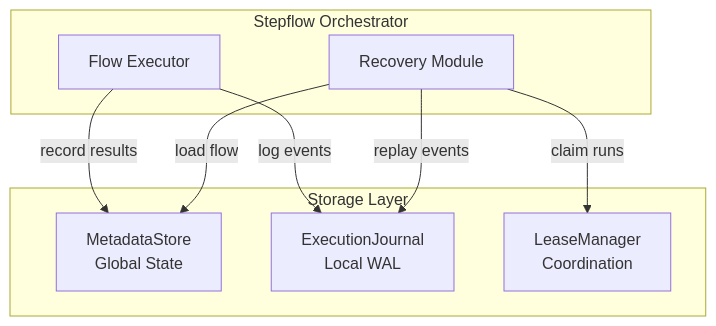
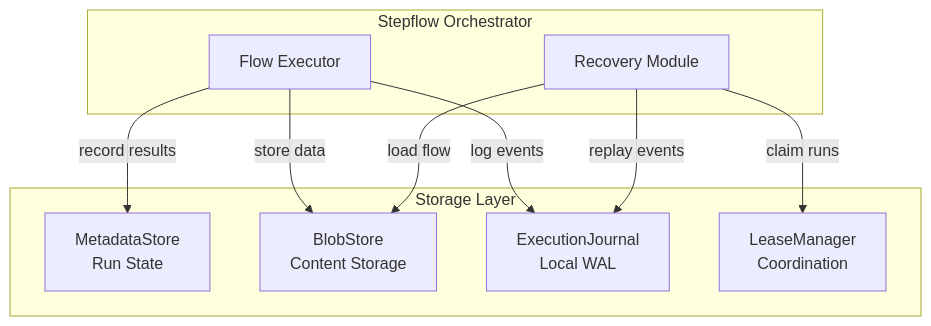
Before and after one commit to stepflow-ai/stepflow: the first of 3 diagrams in docs/docs/deployment/persistence-recovery.md, drawn with Mermaid. The commit also changed other lines of this file and 17 other files, not shown here.

````diff
--- a/docs/docs/deployment/persistence-recovery.md
+++ b/docs/docs/deployment/persistence-recovery.md
@@ -13,19 +13,21 @@
 ```mermaid
 flowchart TB
     subgraph Orchestrator["Stepflow Orchestrator"]
         Exec[Flow Executor]
         Recovery[Recovery Module]
     end
 
     subgraph Storage["Storage Layer"]
-        Meta[MetadataStore<br/>Global State]
+        Meta[MetadataStore<br/>Run State]
+        Blob[BlobStore<br/>Content Storage]
         Journal[ExecutionJournal<br/>Local WAL]
         Lease[LeaseManager<br/>Coordination]
     end
 
     Exec -->|"record results"| Meta
+    Exec -->|"store data"| Blob
     Exec -->|"log events"| Journal
     Recovery -->|"replay events"| Journal
     Recovery -->|"claim runs"| Lease
-    Recovery -->|"load flow"| Meta
+    Recovery -->|"load flow"| Blob
 ```
````
